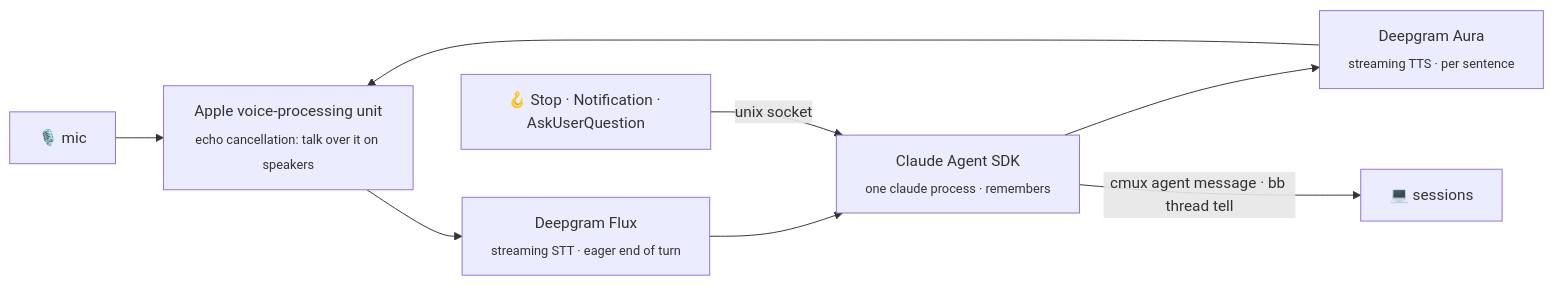
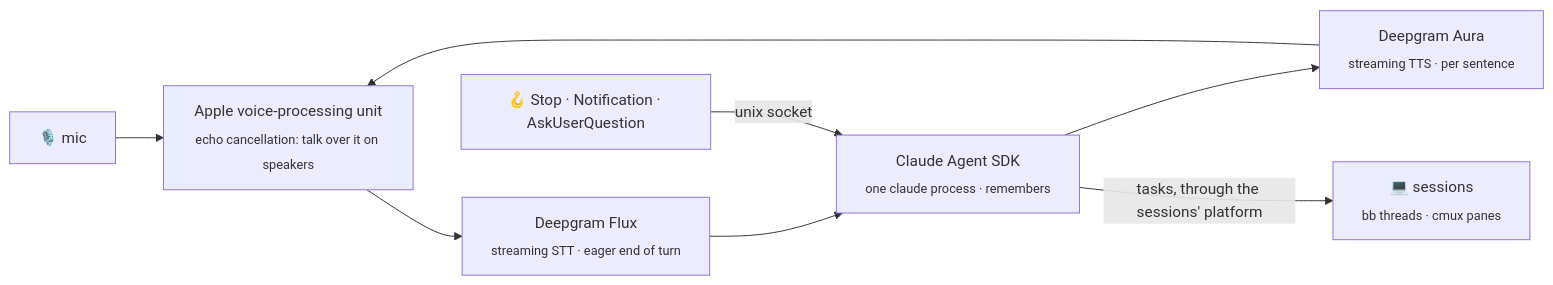
Before and after one commit to ActurialCapital/claudio: the second of 2 diagrams in README.md, drawn with Mermaid. The commit also changed other lines of this file and 24 other files, not shown here.

First line of the commit message:
Docs: claudio is platform-agnostic; cmux and bb are platforms among others

````diff
--- a/README.md
+++ b/README.md
@@ -122,10 +120,10 @@
 ```mermaid
 flowchart LR
     mic["🎙️ mic"] --> aec["Apple voice-processing unit<br/><sub>echo cancellation: talk over it on speakers</sub>"]
     aec --> flux["Deepgram Flux<br/><sub>streaming STT · eager end of turn</sub>"]
     flux --> cp["Claude Agent SDK<br/><sub>one claude process · remembers</sub>"]
     cp --> aura["Deepgram Aura<br/><sub>streaming TTS · per sentence</sub>"]
     aura --> aec
     hooks["🪝 Stop · Notification · AskUserQuestion"] -->|unix socket| cp
-    cp -->|"cmux agent message · bb thread tell"| sessions["💻 sessions"]
+    cp -->|"tasks, through the sessions' platform"| sessions["💻 sessions<br/><sub>bb threads · cmux panes</sub>"]
 ```
````
